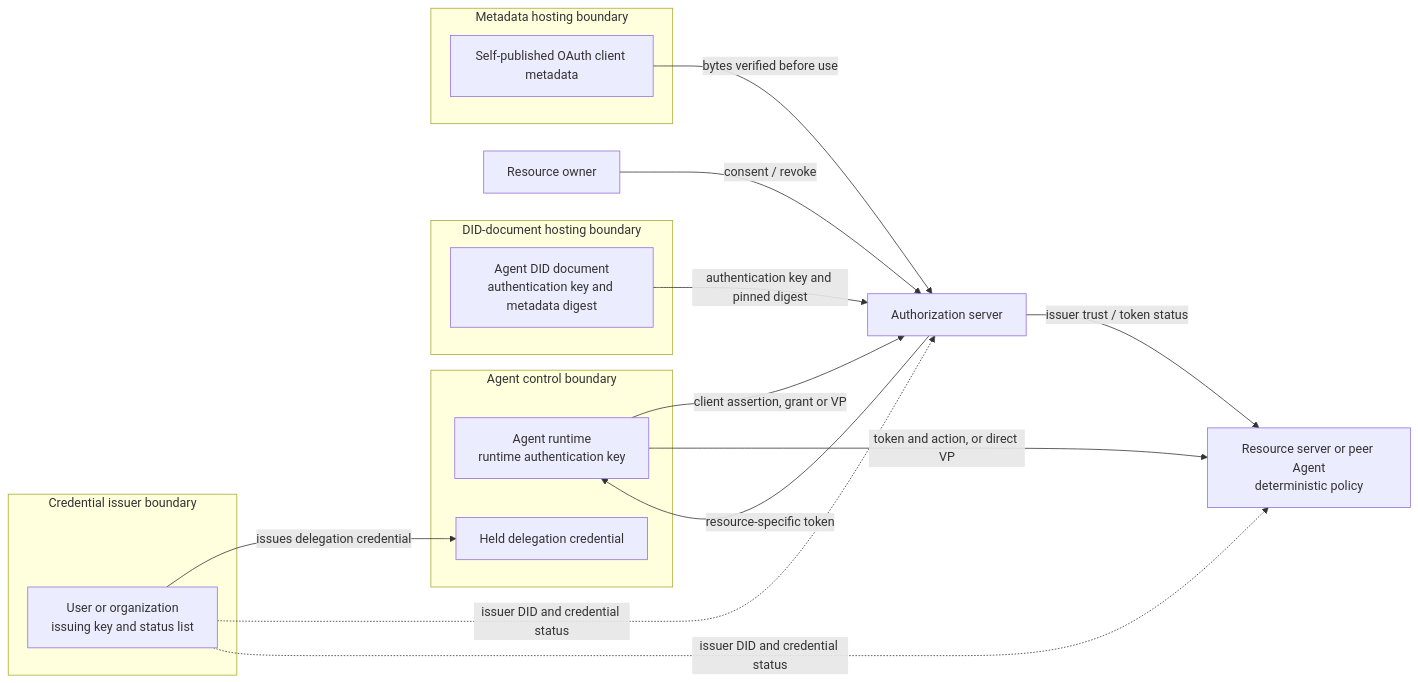
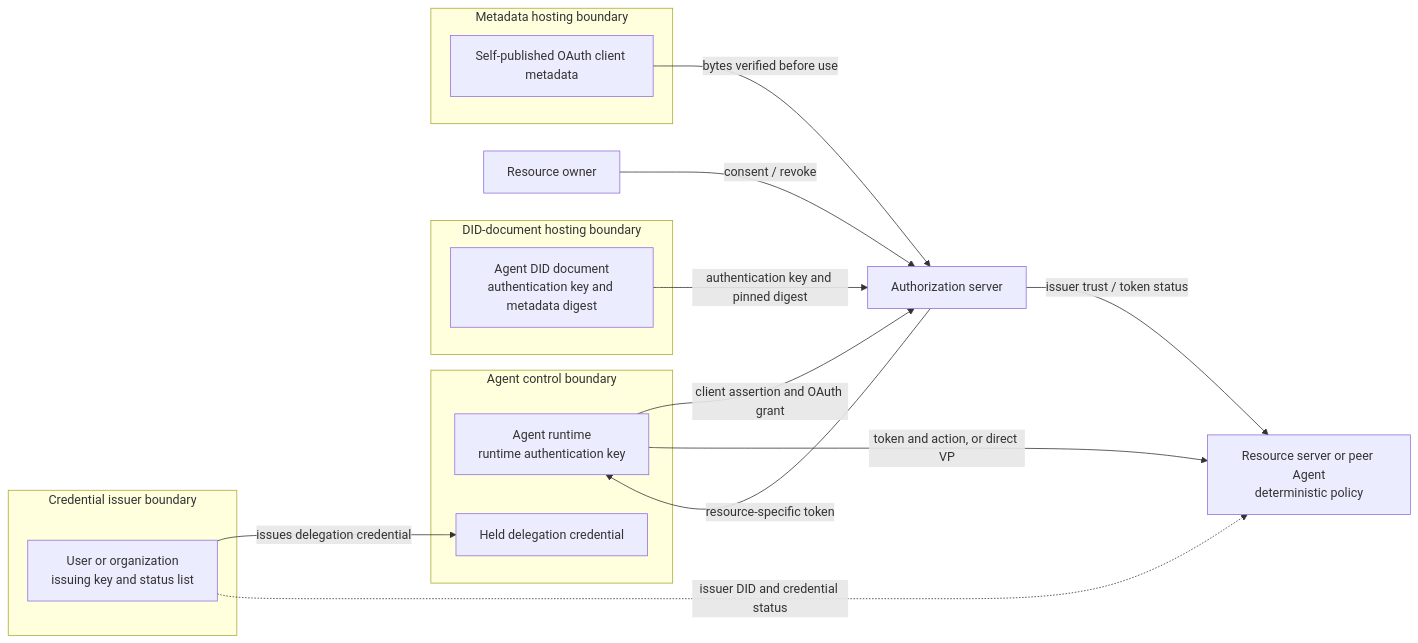
The second of 4 diagrams in vnext/05-anp-did-authorization-protocol-specification.md (agent-network-protocol/AgentNetworkProtocol), drawn with Mermaid before and after one commit. The commit also changed other lines of this file and 8 other files, not shown here.

````diff
--- a/vnext/05-anp-did-authorization-protocol-specification.md
+++ b/vnext/05-anp-did-authorization-protocol-specification.md
@@ -141,25 +141,25 @@
 ```mermaid
 flowchart LR
   subgraph AG["Agent control boundary"]
     A["Agent runtime<br/>runtime authentication key"]
     W["Held delegation credential"]
   end
   subgraph DH["DID-document hosting boundary"]
     D["Agent DID document<br/>authentication key and metadata digest"]
   end
   subgraph MH["Metadata hosting boundary"]
     M["Self-published OAuth client metadata"]
   end
   subgraph IS["Credential issuer boundary"]
     I["User or organization<br/>issuing key and status list"]
   end
   U["Resource owner"] -->|"consent / revoke"| S["Authorization server"]
   I -->|"issues delegation credential"| W
   D -->|"authentication key and pinned digest"| S
   M -->|"bytes verified before use"| S
-  A -->|"client assertion, grant or VP"| S
-  I -.->|"issuer DID and credential status"| S & R
+  A -->|"client assertion and OAuth grant"| S
+  I -.->|"issuer DID and credential status"| R
   S -->|"resource-specific token"| A
   A -->|"token and action, or direct VP"| R["Resource server or peer Agent<br/>deterministic policy"]
   S -->|"issuer trust / token status"| R
 ```
````
